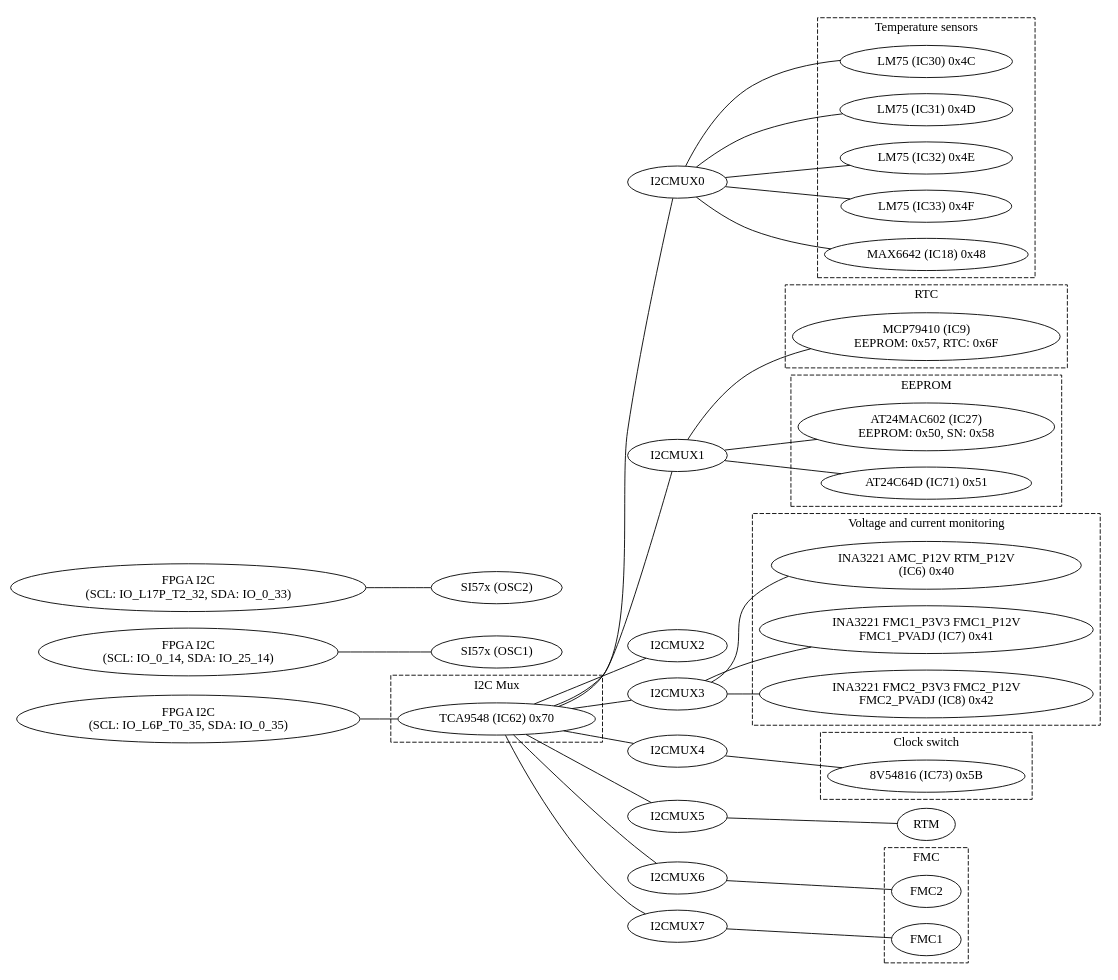
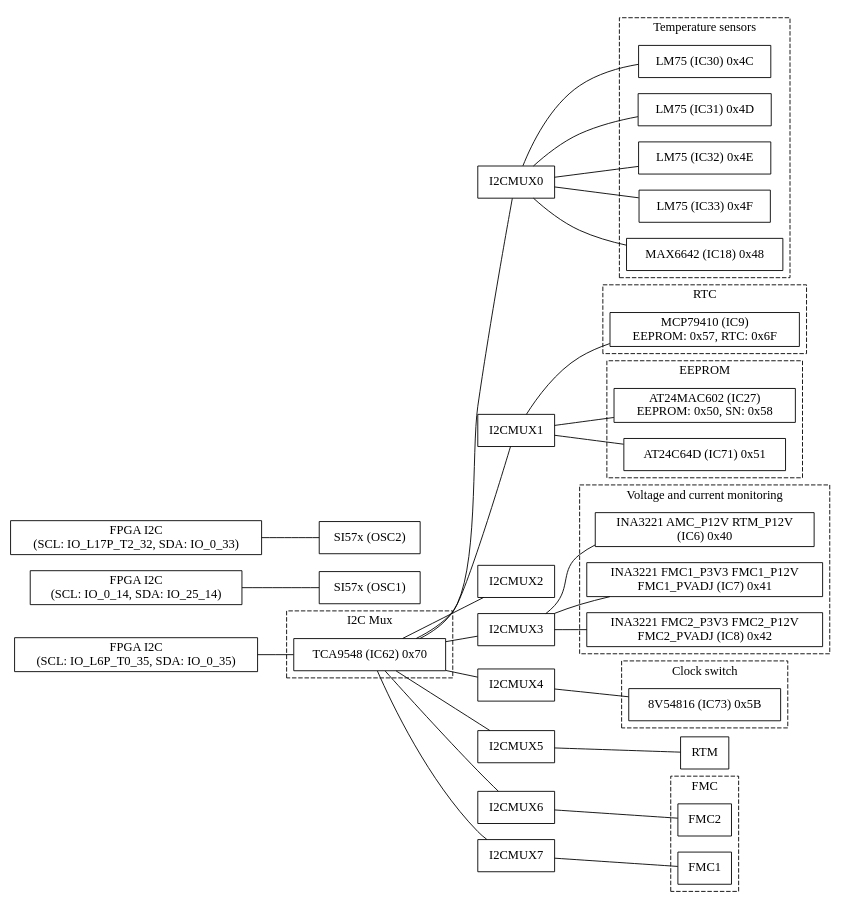
One commit to lnls-dig/openMMC changed the diagram in docs/afcv4_fpga_i2c_hierarchy.dot. Above: the diagram before and after it, drawn with Graphviz. The commit also changed 2 other files, not shown here.

Commit message:
Use a more compact representation of nodes for dot graphs [docs]
The standard ellipse shaped nodes wastes a lot of space, making the
resulting images unnecessary wide. Set the shape to 'rectangle'
instead.

```diff
--- a/docs/afcv4_fpga_i2c_hierarchy.dot
+++ b/docs/afcv4_fpga_i2c_hierarchy.dot
@@ -1,104 +1,104 @@
 graph afcv4_i2c_hieranchy {
     rankdir=LR
-    FPGA_I2C0 [label="FPGA I2C\n(SCL: IO_L6P_T0_35, SDA: IO_0_35)"]
-    FPGA_I2C1 [label="FPGA I2C\n(SCL: IO_0_14, SDA: IO_25_14)"]
-    FPGA_I2C2 [label="FPGA I2C\n(SCL: IO_L17P_T2_32, SDA: IO_0_33)"]
-    I2CMUX0 [label="I2CMUX0"]
-    I2CMUX1 [label="I2CMUX1"]
-    I2CMUX2 [label="I2CMUX2"]
-    I2CMUX3 [label="I2CMUX3"]
-    I2CMUX4 [label="I2CMUX4"]
-    I2CMUX5 [label="I2CMUX5"]
-    I2CMUX6 [label="I2CMUX6"]
-    I2CMUX7 [label="I2CMUX7"]
+    FPGA_I2C0 [label="FPGA I2C\n(SCL: IO_L6P_T0_35, SDA: IO_0_35)", shape=rectangle]
+    FPGA_I2C1 [label="FPGA I2C\n(SCL: IO_0_14, SDA: IO_25_14)", shape=rectangle]
+    FPGA_I2C2 [label="FPGA I2C\n(SCL: IO_L17P_T2_32, SDA: IO_0_33)", shape=rectangle]
+    I2CMUX0 [label="I2CMUX0", shape=rectangle]
+    I2CMUX1 [label="I2CMUX1", shape=rectangle]
+    I2CMUX2 [label="I2CMUX2", shape=rectangle]
+    I2CMUX3 [label="I2CMUX3", shape=rectangle]
+    I2CMUX4 [label="I2CMUX4", shape=rectangle]
+    I2CMUX5 [label="I2CMUX5", shape=rectangle]
+    I2CMUX6 [label="I2CMUX6", shape=rectangle]
+    I2CMUX7 [label="I2CMUX7", shape=rectangle]
 
     subgraph cluster_i2c_mux {
         label = "I2C Mux"
         style = dashed
-        IC62 [label="TCA9548 (IC62) 0x70"]
+        IC62 [label="TCA9548 (IC62) 0x70", shape=rectangle]
     }
 
     subgraph cluster_temp_sensors {
         label = "Temperature sensors"
         style = dashed
-        IC30 [label="LM75 (IC30) 0x4C"]
-        IC31 [label="LM75 (IC31) 0x4D"]
-        IC32 [label="LM75 (IC32) 0x4E"]
-        IC33 [label="LM75 (IC33) 0x4F"]
-        IC18 [label="MAX6642 (IC18) 0x48"]
+        IC30 [label="LM75 (IC30) 0x4C", shape=rectangle]
+        IC31 [label="LM75 (IC31) 0x4D", shape=rectangle]
+        IC32 [label="LM75 (IC32) 0x4E", shape=rectangle]
+        IC33 [label="LM75 (IC33) 0x4F", shape=rectangle]
+        IC18 [label="MAX6642 (IC18) 0x48", shape=rectangle]
     }
 
     subgraph cluster_rtc {
         label = "RTC"
         style = dashed
-        IC9 [label="MCP79410 (IC9)\nEEPROM: 0x57, RTC: 0x6F"]
+        IC9 [label="MCP79410 (IC9)\nEEPROM: 0x57, RTC: 0x6F", shape=rectangle]
     }
 
     subgraph cluster_eeprom {
         label = "EEPROM"
         style = dashed
-        IC27 [label="AT24MAC602 (IC27)\nEEPROM: 0x50, SN: 0x58"]
-        IC71 [label="AT24C64D (IC71) 0x51"]
+        IC27 [label="AT24MAC602 (IC27)\nEEPROM: 0x50, SN: 0x58", shape=rectangle]
+        IC71 [label="AT24C64D (IC71) 0x51", shape=rectangle]
     }
 
     subgraph cluster_vol_cur_monitor {
         label = "Voltage and current monitoring"
         style = dashed
-        IC6 [label="INA3221 AMC_P12V RTM_P12V\n(IC6) 0x40"]
-        IC7 [label="INA3221 FMC1_P3V3 FMC1_P12V\nFMC1_PVADJ (IC7) 0x41"]
-        IC8 [label="INA3221 FMC2_P3V3 FMC2_P12V\nFMC2_PVADJ (IC8) 0x42"]
+        IC6 [label="INA3221 AMC_P12V RTM_P12V\n(IC6) 0x40", shape=rectangle]
+        IC7 [label="INA3221 FMC1_P3V3 FMC1_P12V\nFMC1_PVADJ (IC7) 0x41", shape=rectangle]
+        IC8 [label="INA3221 FMC2_P3V3 FMC2_P12V\nFMC2_PVADJ (IC8) 0x42", shape=rectangle]
     }
 
     subgraph cluster_clk_sw {
         label = "Clock switch"
         style = dashed
-        IC73 [label="8V54816 (IC73) 0x5B"]
+        IC73 [label="8V54816 (IC73) 0x5B", shape=rectangle]
     }
 
-    RTM [label="RTM"]
+    RTM [label="RTM", shape=rectangle]
 
     subgraph cluster_fmc {
         label = "FMC"
         style = dashed
-        FMC2 [label="FMC2"]
-        FMC1 [label="FMC1"]
+        FMC2 [label="FMC2", shape=rectangle]
+        FMC1 [label="FMC1", shape=rectangle]
     }
 
-    OSC1 [label="SI57x (OSC1)"]
-    OSC2 [label="SI57x (OSC2)"]
+    OSC1 [label="SI57x (OSC1)", shape=rectangle]
+    OSC2 [label="SI57x (OSC2)", shape=rectangle]
 
     FPGA_I2C0 -- IC62
     IC62 -- I2CMUX0
     IC62 -- I2CMUX1
     IC62 -- I2CMUX2
     IC62 -- I2CMUX3
     IC62 -- I2CMUX4
     IC62 -- I2CMUX5
     IC62 -- I2CMUX6
     IC62 -- I2CMUX7
 
     I2CMUX0 -- IC30
     I2CMUX0 -- IC31
     I2CMUX0 -- IC32
     I2CMUX0 -- IC33
     I2CMUX0 -- IC18
 
     I2CMUX1 -- IC9
     I2CMUX1 -- IC27
     I2CMUX1 -- IC71
 
     I2CMUX3 -- IC6
     I2CMUX3 -- IC7
     I2CMUX3 -- IC8
 
     I2CMUX4 -- IC73
 
     I2CMUX5 -- RTM
 
     I2CMUX6 -- FMC2
 
     I2CMUX7 -- FMC1
 
     FPGA_I2C1 -- OSC1
     FPGA_I2C2 -- OSC2
 }
```
